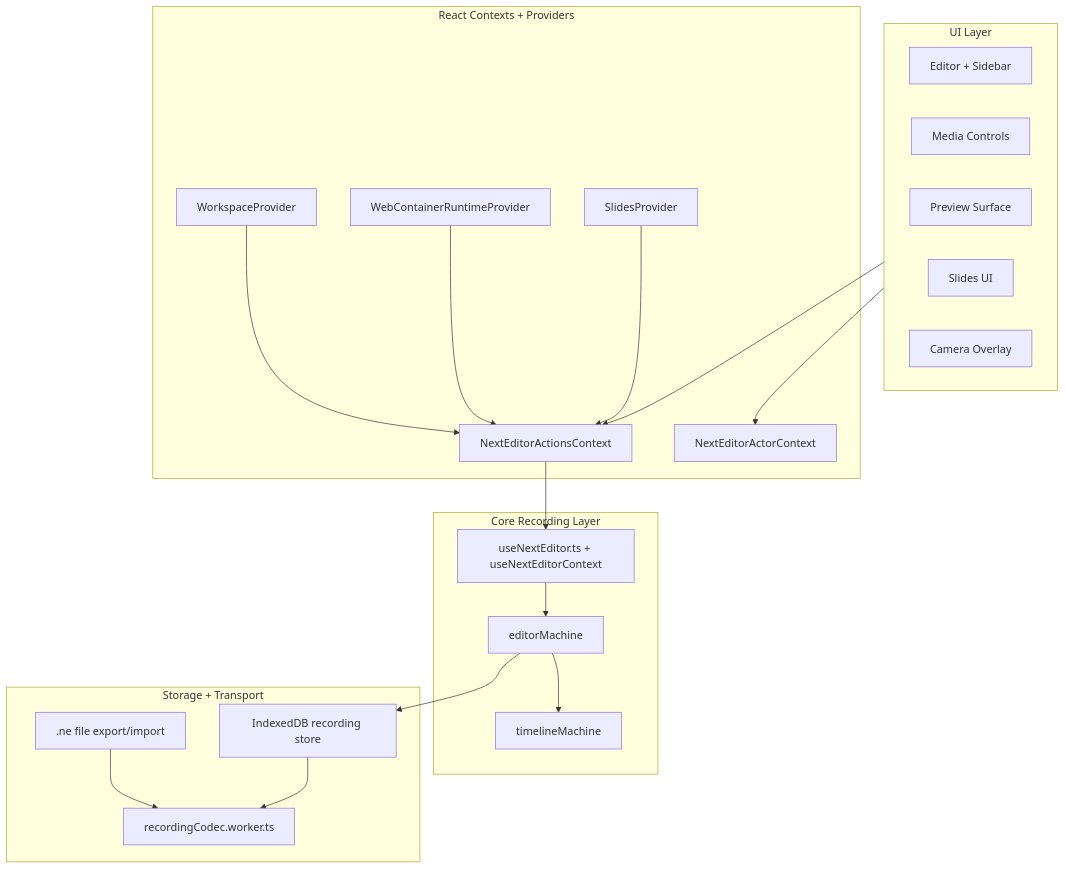
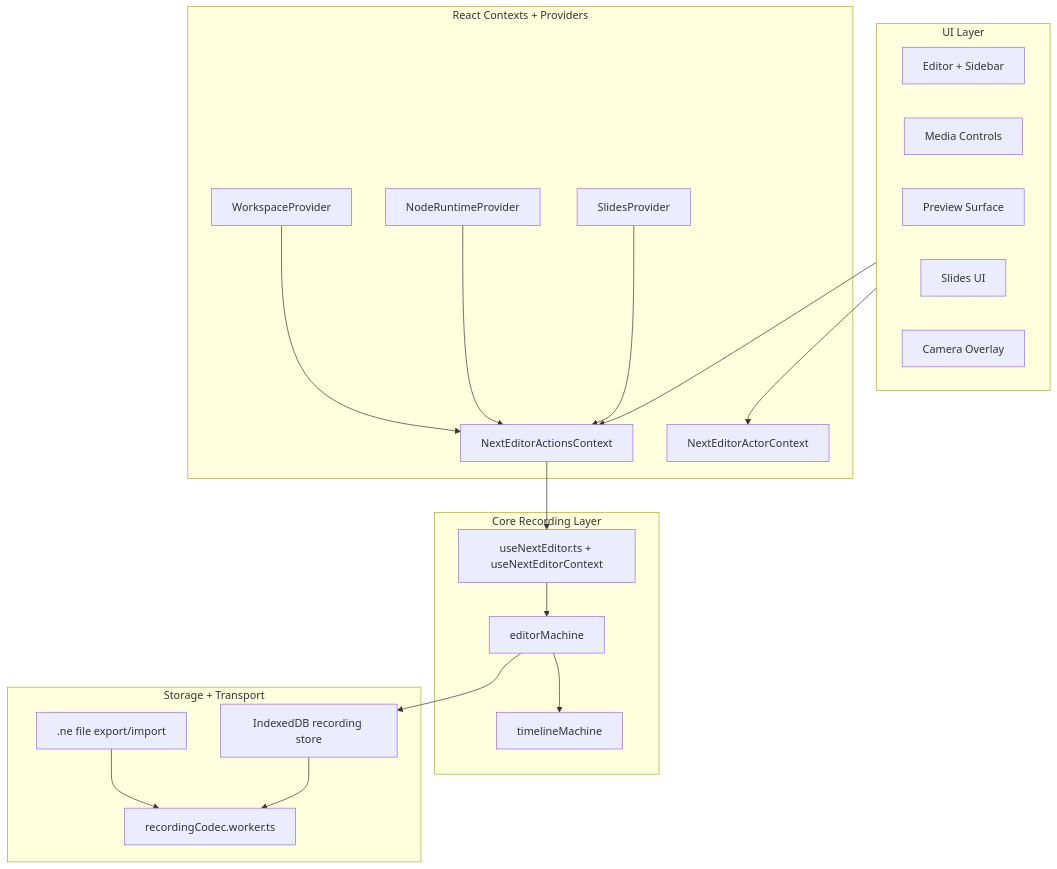
Before and after one commit to channyeintun/next-editor: the first of 6 diagrams in docs/data-flow.md, drawn with Mermaid. The commit also changed 142 other files, not shown here.

First line of the commit message:
refactor(runtime): name the in-browser Node.js runtime NodeRuntime, not WebContainer

````diff
--- a/docs/data-flow.md
+++ b/docs/data-flow.md
@@ -7,42 +7,42 @@
 ```mermaid
 flowchart TB
     subgraph UI["UI Layer"]
         Editor[Editor + Sidebar]
         Controls[Media Controls]
         Preview[Preview Surface]
         Slides[Slides UI]
         Camera[Camera Overlay]
     end
 
     subgraph Contexts["React Contexts + Providers"]
         Actions[NextEditorActionsContext]
         Actor[NextEditorActorContext]
         Workspace[WorkspaceProvider]
-        Runtime[WebContainerRuntimeProvider]
+        Runtime[NodeRuntimeProvider]
         SlidesCtx[SlidesProvider]
     end
 
     subgraph Core["Core Recording Layer"]
         Hook[useNextEditor.ts + useNextEditorContext]
         Machine[editorMachine]
         Timeline[timelineMachine]
     end
 
     subgraph Persistence["Storage + Transport"]
         IndexedDB[IndexedDB recording store]
         Codec[recordingCodec.worker.ts]
         Export[.ne file export/import]
     end
 
     UI --> Actions
     UI --> Actor
     Workspace --> Actions
     Runtime --> Actions
     SlidesCtx --> Actions
     Actions --> Hook
     Hook --> Machine
     Machine --> Timeline
     Machine --> IndexedDB
     Export --> Codec
     IndexedDB --> Codec
 ```
````
